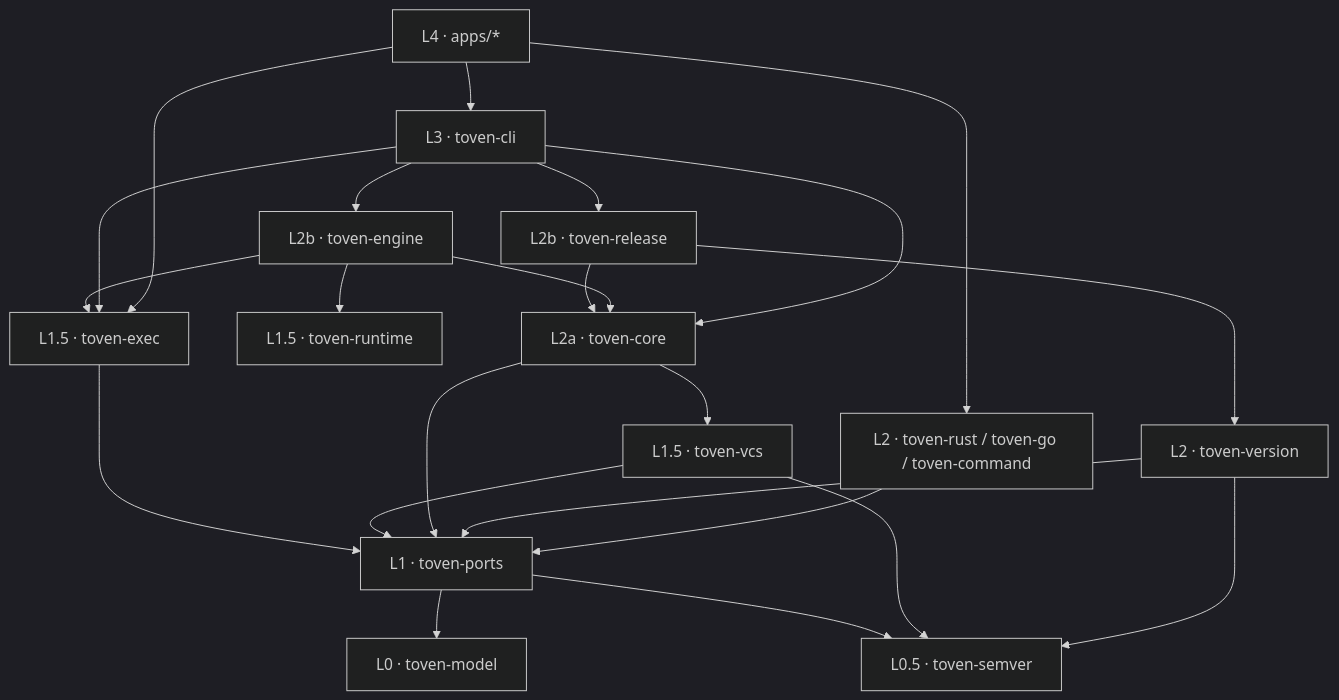
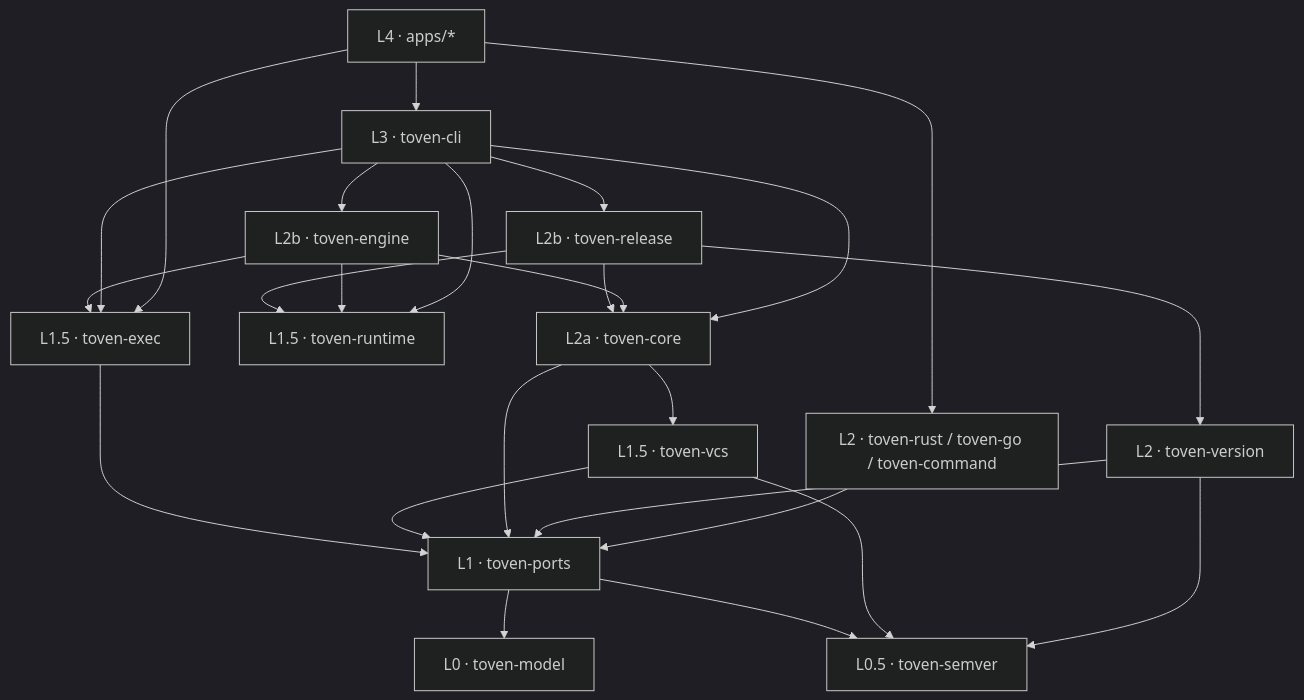
Before and after one commit to kbukum/toven: the first of 4 diagrams in docs/architecture.md, drawn with Mermaid (dark theme). The commit also changed 2 other files, not shown here.

Commit message:
fix(release): serialize sbom units sharing a cargo workspace
Two releasable modules of one (member, ecosystem) release target share a
Cargo workspace, and cargo cyclonedx writes/removes SBOM copies beside
every member manifest, so running them concurrently races on those
files. Chain each target's modules into a serial dependency line while
keeping independent targets parallel. Also document the runtime's
cancellation/drain-to-join contract and the two new toven-runtime edges.

````diff
--- a/docs/architecture.md
+++ b/docs/architecture.md
@@ -27,39 +27,41 @@
 ```mermaid
 flowchart TB
     model["L0 · toven-model"]
     semver["L0.5 · toven-semver"]
     ports["L1 · toven-ports"]
     exec["L1.5 · toven-exec"]
     vcs["L1.5 · toven-vcs"]
     runtime["L1.5 · toven-runtime"]
     core["L2a · toven-core"]
     version["L2 · toven-version"]
     release["L2b · toven-release"]
     engine["L2b · toven-engine"]
     ecosystems["L2 · toven-rust / toven-go / toven-command"]
     cli["L3 · toven-cli"]
     apps["L4 · apps/*"]
 
     ports --> model
     ports --> semver
     exec --> ports
     vcs --> ports
     vcs --> semver
     core --> ports
     core --> vcs
     version --> ports
     version --> semver
     release --> core
     release --> version
+    release --> runtime
     engine --> core
     engine --> exec
     engine --> runtime
     ecosystems --> ports
     cli --> engine
     cli --> release
     cli --> core
     cli --> exec
+    cli --> runtime
     apps --> cli
     apps --> ecosystems
     apps --> exec
 ```
````
